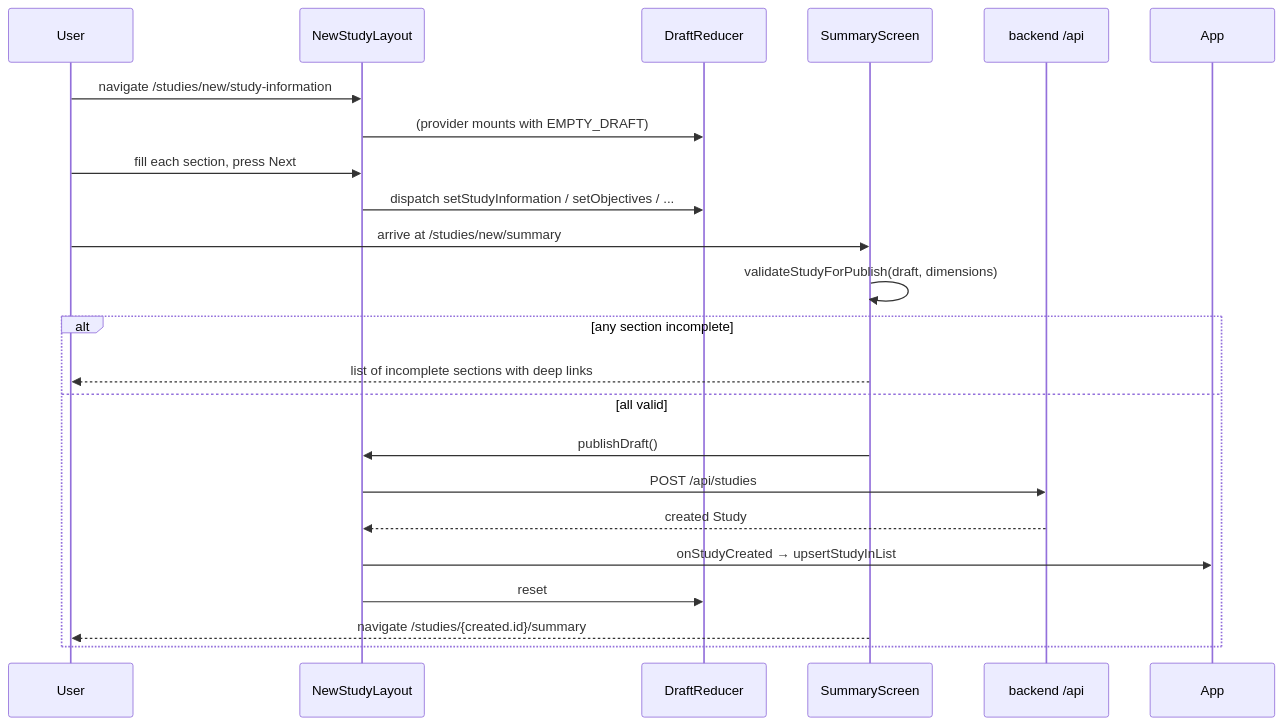
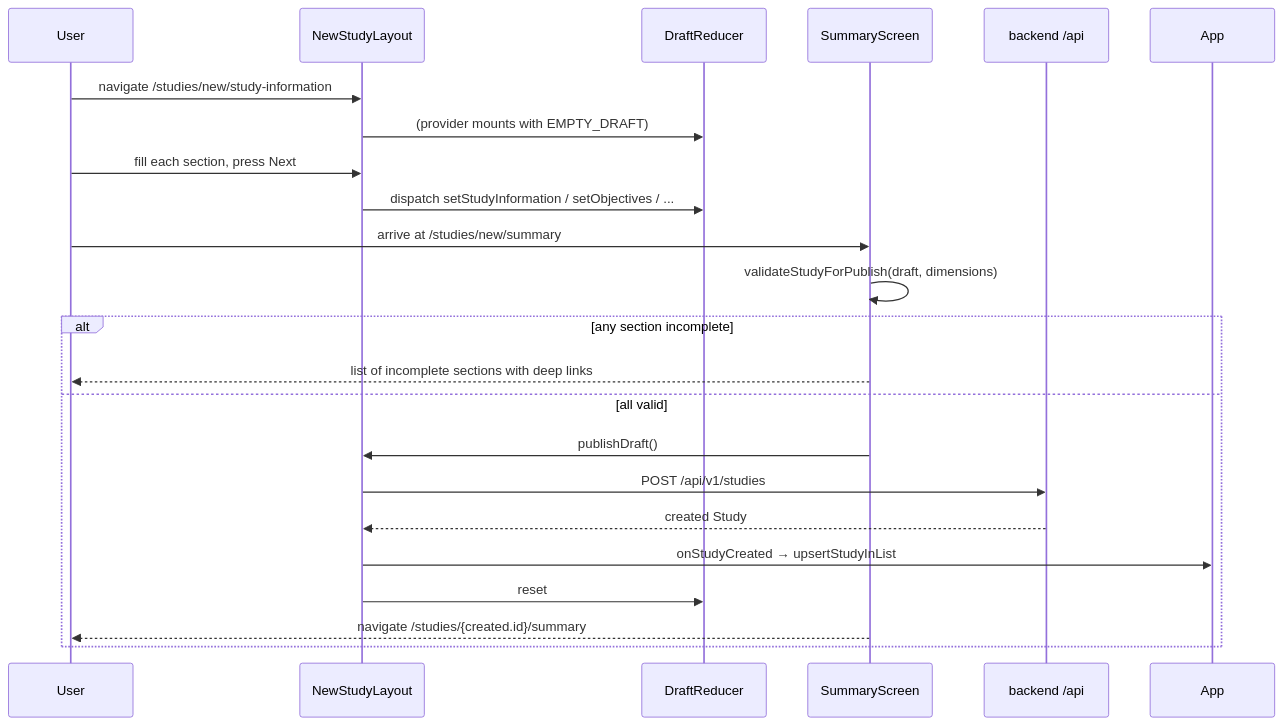
The fifth of 6 diagrams in docs/frontend-architecture.md (mathiasfk/clinical-trials-hub), drawn with Mermaid before and after one commit. The commit also changed other lines of this file and 16 other files, not shown here.

````diff
--- a/docs/frontend-architecture.md
+++ b/docs/frontend-architecture.md
@@ -357,24 +357,24 @@
 ```mermaid
 sequenceDiagram
     participant U as User
     participant NSL as NewStudyLayout
     participant DR as DraftReducer
     participant SumS as SummaryScreen
     participant API as backend /api
     U->>NSL: navigate /studies/new/study-information
     NSL->>DR: (provider mounts with EMPTY_DRAFT)
     U->>NSL: fill each section, press Next
     NSL->>DR: dispatch setStudyInformation / setObjectives / ...
     U->>SumS: arrive at /studies/new/summary
     SumS->>SumS: validateStudyForPublish(draft, dimensions)
     alt any section incomplete
         SumS-->>U: list of incomplete sections with deep links
     else all valid
         SumS->>NSL: publishDraft()
-        NSL->>API: POST /api/studies
+        NSL->>API: POST /api/v1/studies
         API-->>NSL: created Study
         NSL->>App: onStudyCreated → upsertStudyInList
         NSL->>DR: reset
         SumS-->>U: navigate /studies/{created.id}/summary
     end
 ```
````
